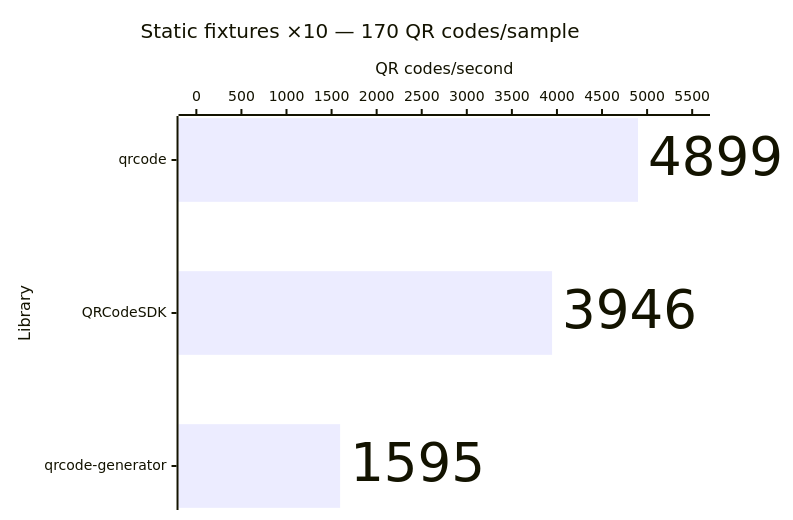
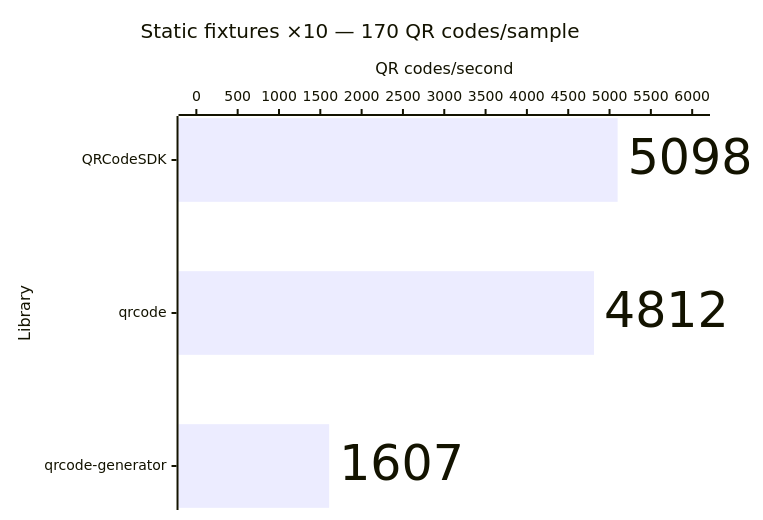
Before and after one commit to Dafnik/qrcodesdk: the ninth of 14 diagrams in apps/docs/src/content/docs/learn/performance.md, drawn with Mermaid. The commit also changed other lines of this file and 417 other files, not shown here.

````diff
--- a/apps/docs/src/content/docs/learn/performance.md
+++ b/apps/docs/src/content/docs/learn/performance.md
@@ -198,15 +198,15 @@
 ```mermaid
 ---
 config:
   xyChart:
     showDataLabel: true
     showDataLabelOutsideBar: true
 ---
 xychart horizontal
   accTitle: SVG generation: Static fixtures ×10 — 170 QR codes/sample
-  accDescr: Throughput calculated from median time. qrcode 4,899 QR codes per second, QRCodeSDK 3,946 QR codes per second, qrcode-generator 1,595 QR codes per second. Higher is better.
+  accDescr: Throughput calculated from median time. QRCodeSDK 5,098 QR codes per second, qrcode 4,812 QR codes per second, qrcode-generator 1,607 QR codes per second. Higher is better.
   title "Static fixtures ×10 — 170 QR codes/sample"
-  x-axis "Library" ["qrcode", "QRCodeSDK", "qrcode-generator"]
-  y-axis "QR codes/second" 0 --> 5500
-  bar [4899, 3946, 1595]
+  x-axis "Library" ["QRCodeSDK", "qrcode", "qrcode-generator"]
+  y-axis "QR codes/second" 0 --> 6000
+  bar [5098, 4812, 1607]
 ```
````
